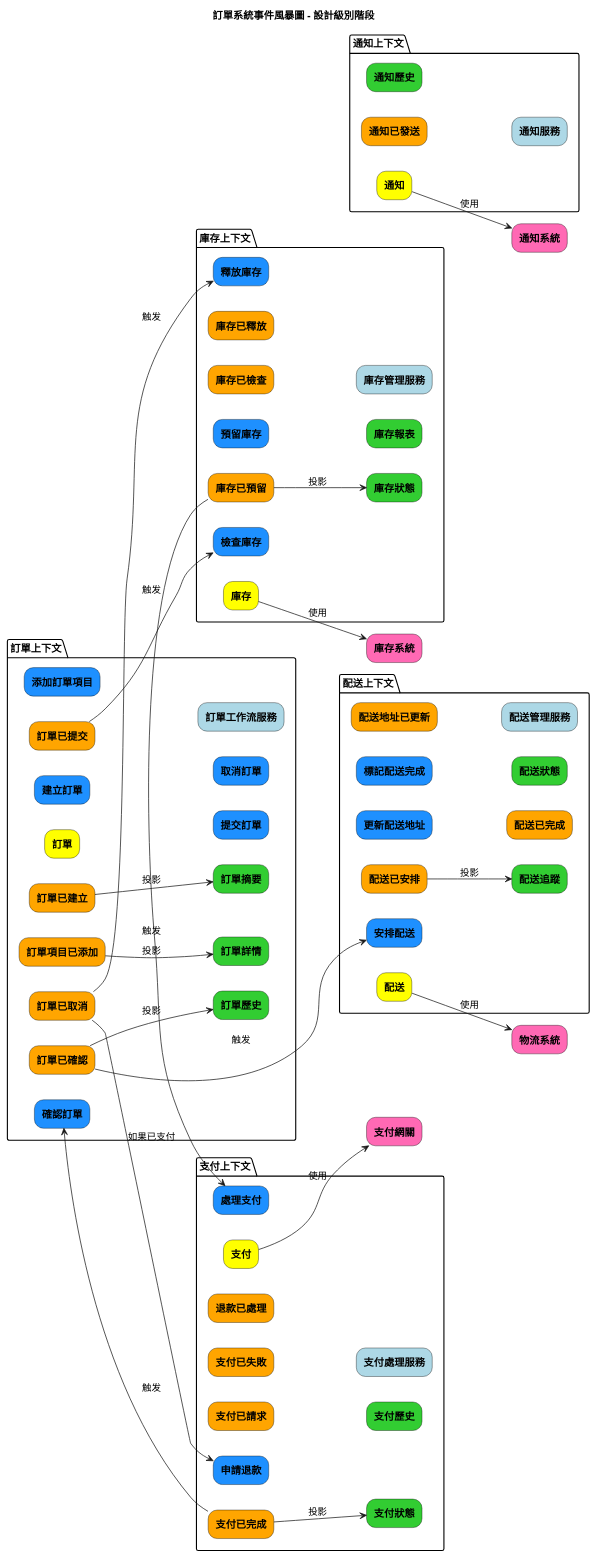
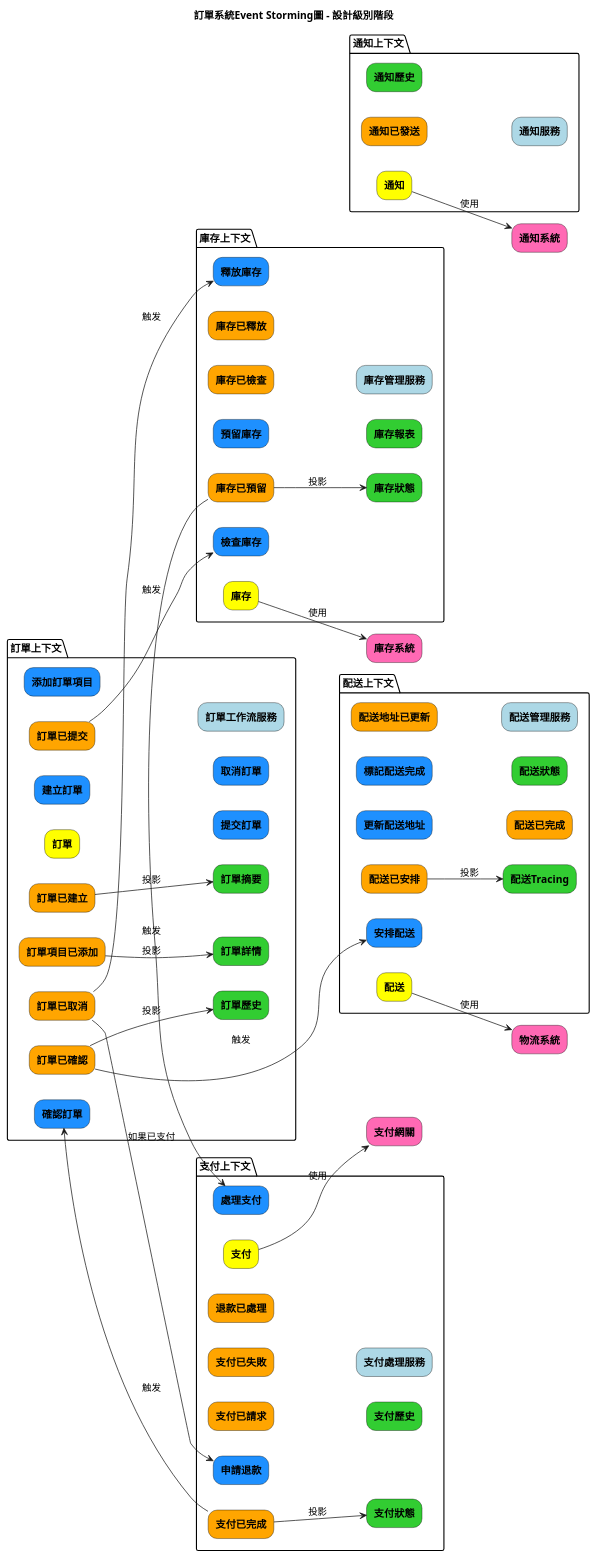
The third of 9 diagrams in docs/en/diagrams/plantuml/es-gen-guidance.md (humank/genai-demo), drawn with PlantUML before and after one commit. The commit also changed other lines of this file and 583 other files, not shown here.

```diff
--- a/docs/en/diagrams/plantuml/es-gen-guidance.md
+++ b/docs/en/diagrams/plantuml/es-gen-guidance.md
@@ -279,14 +277,14 @@
     FontStyle bold
 }
 
-title 訂單系統事件風暴圖 - 設計級別階段
+title 訂單系統Event Storming圖 - 設計級別階段
 
-' 使用包来表示界限上下文
+' 使用包来表示Bounded Context
 package "訂單上下文" {
-    ' 聚合
+    ' Aggregate
     rectangle "訂單" as OrderAggregate #FFFF00
     
-    ' 命令
+    ' Command
     rectangle "建立訂單" as CreateOrderCommand #1E90FF
     rectangle "添加訂單項目" as AddOrderItemCommand #1E90FF
     rectangle "提交訂單" as SubmitOrderCommand #1E90FF
@@ -310,10 +308,10 @@
 }
 
 package "庫存上下文" {
-    ' 聚合
+    ' Aggregate
     rectangle "庫存" as InventoryAggregate #FFFF00
     
-    ' 命令
+    ' Command
     rectangle "檢查庫存" as CheckInventoryCommand #1E90FF
     rectangle "預留庫存" as ReserveInventoryCommand #1E90FF
     rectangle "釋放庫存" as ReleaseInventoryCommand #1E90FF
@@ -332,10 +330,10 @@
 }
 
 package "支付上下文" {
-    ' 聚合
+    ' Aggregate
     rectangle "支付" as PaymentAggregate #FFFF00
     
-    ' 命令
+    ' Command
     rectangle "處理支付" as ProcessPaymentCommand #1E90FF
     rectangle "申請退款" as RequestRefundCommand #1E90FF
     
@@ -354,10 +352,10 @@
 }
 
 package "配送上下文" {
-    ' 聚合
+    ' Aggregate
     rectangle "配送" as DeliveryAggregate #FFFF00
     
-    ' 命令
+    ' Command
     rectangle "安排配送" as ArrangeDeliveryCommand #1E90FF
     rectangle "更新配送地址" as UpdateDeliveryAddressCommand #1E90FF
     rectangle "標記配送完成" as MarkDeliveryCompletedCommand #1E90FF
@@ -369,14 +367,14 @@
     
     ' 读模型
     rectangle "配送狀態" as DeliveryStatusReadModel #32CD32
-    rectangle "配送追蹤" as DeliveryTrackingReadModel #32CD32
+    rectangle "配送Tracing" as DeliveryTrackingReadModel #32CD32
     
     ' 服务
     rectangle "配送管理服務" as DeliveryManagementService #ADD8E6
 }
 
 package "通知上下文" {
-    ' 聚合
+    ' Aggregate
     rectangle "通知" as NotificationAggregate #FFFF00
     
     ' 事件
```
